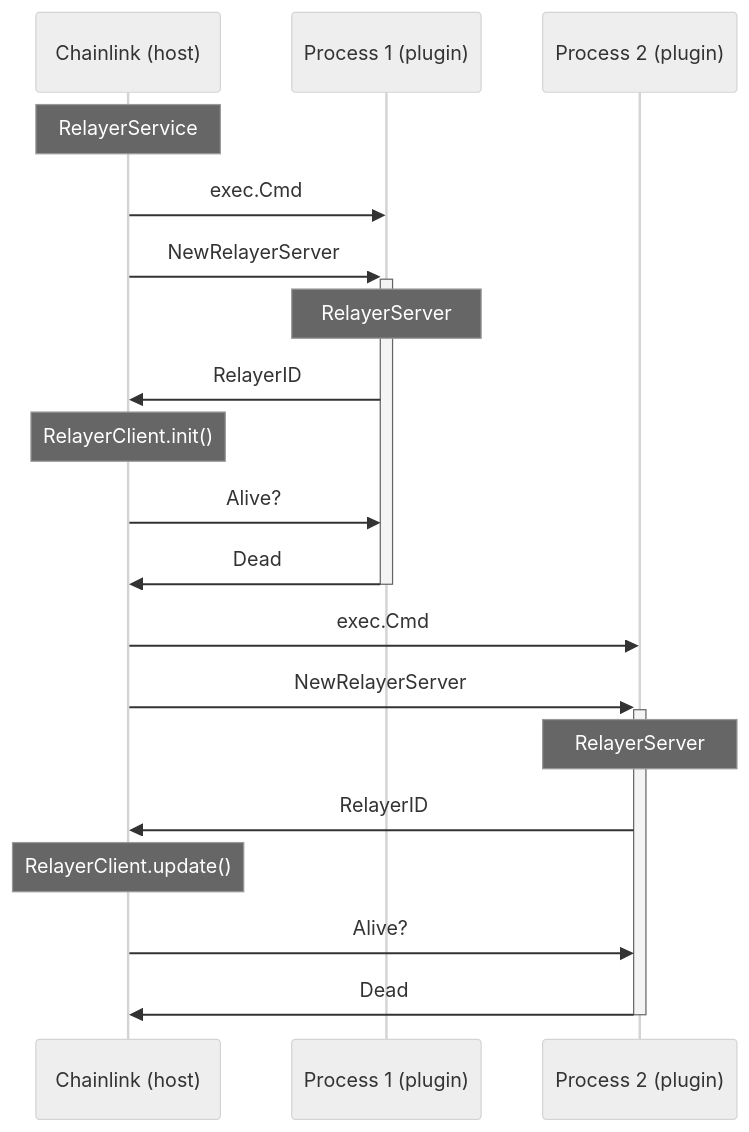
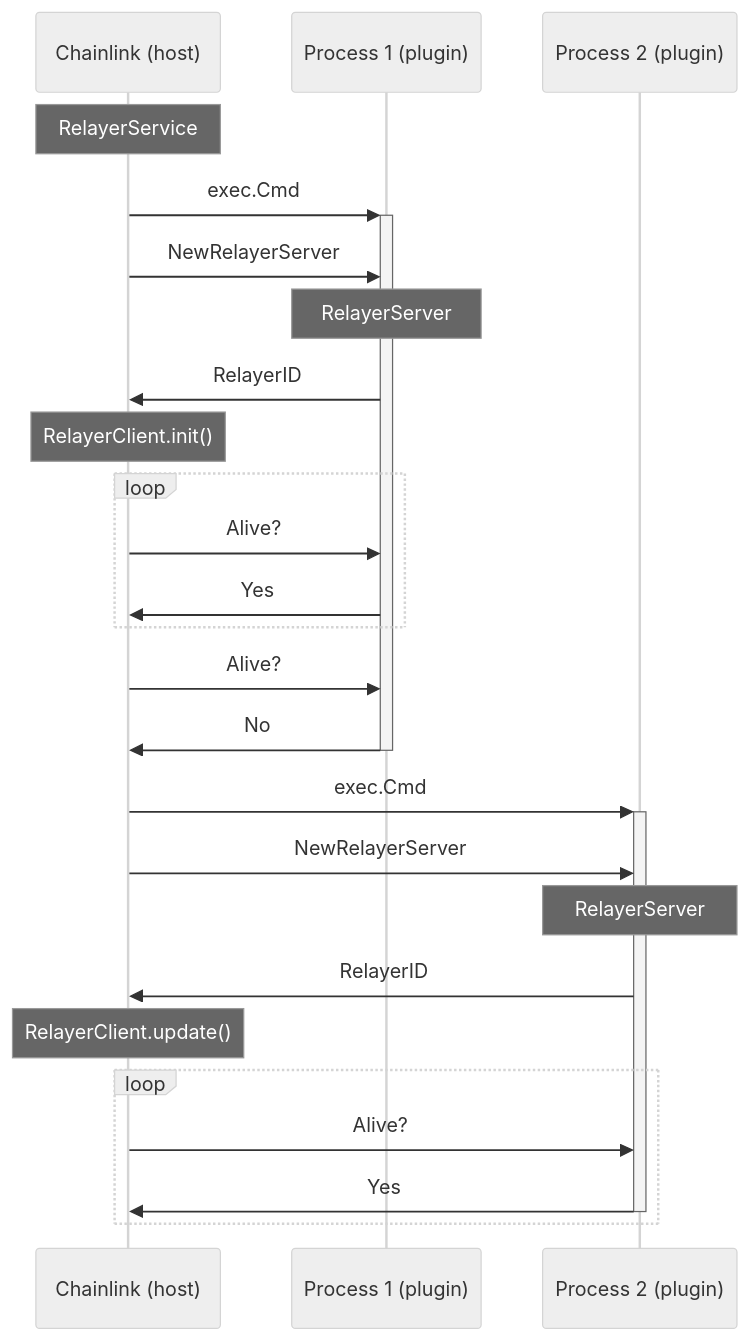
The fourth of 4 diagrams in pkg/loop/README.md (smartcontractkit/chainlink-common), drawn with Mermaid (neutral theme) before and after one commit. The commit also changed other lines of this file, not shown here.

````diff
--- a/pkg/loop/README.md
+++ b/pkg/loop/README.md
@@ -129,26 +129,32 @@
 ```mermaid
 sequenceDiagram
     participant core as Chainlink (host)
     participant relayer as Process 1 (plugin)
     participant relayer2 as Process 2 (plugin)
     
     Note over core: RelayerService
     
-    core->>relayer: exec.Cmd
-    core->>+relayer: NewRelayerServer
+    core->>+relayer: exec.Cmd
+    core->>relayer: NewRelayerServer
     Note over relayer: RelayerServer
     relayer->>core: RelayerID
     Note over core: RelayerClient.init()
     
+    loop
+        core->>relayer: Alive?
+        relayer->>core: Yes
+    end
     core->>relayer: Alive?
-    relayer->>-core: Dead
+    relayer->>-core: No
 
-    core->>relayer2: exec.Cmd
-    core->>+relayer2: NewRelayerServer
+    core->>+relayer2: exec.Cmd
+    core->>relayer2: NewRelayerServer
     Note over relayer2: RelayerServer
     relayer2->>core: RelayerID
     Note over core: RelayerClient.update()
 
-    core->>relayer2: Alive?
-    relayer2->>-core: Dead    
+    loop
+        core->>relayer2: Alive?
+        relayer2->>-core: Yes
+    end
 ```
````
